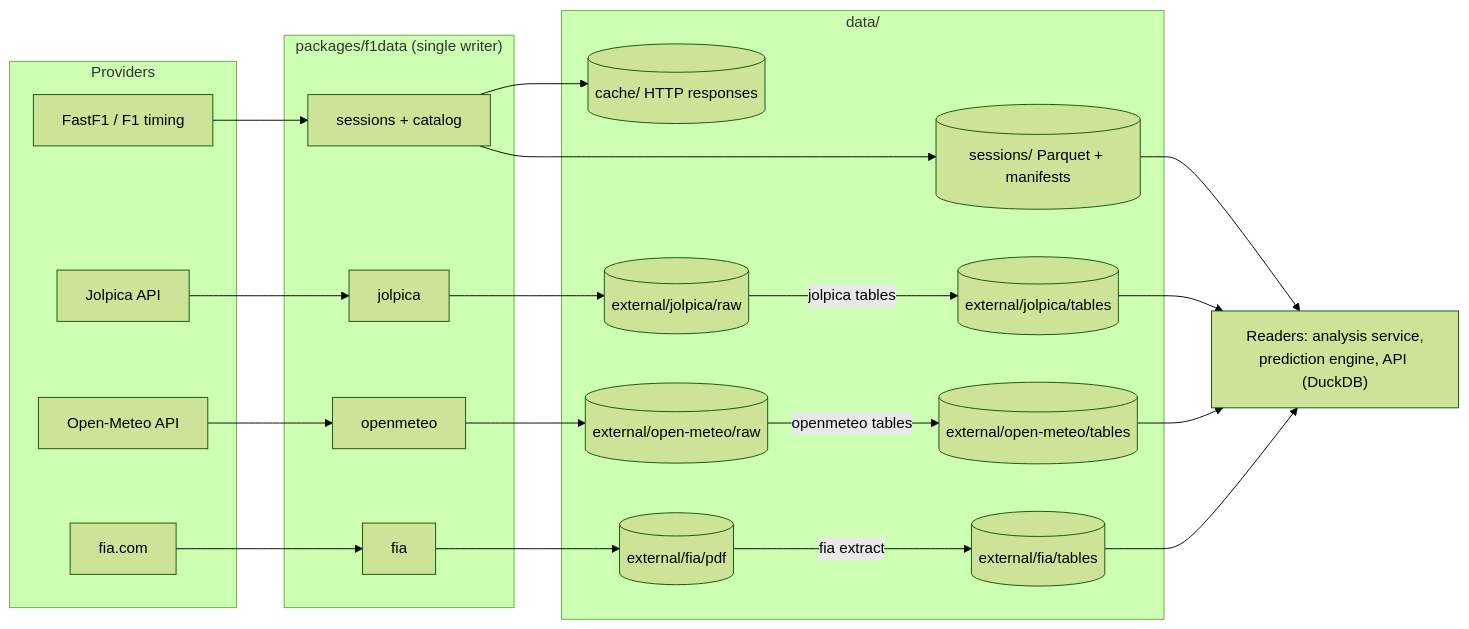
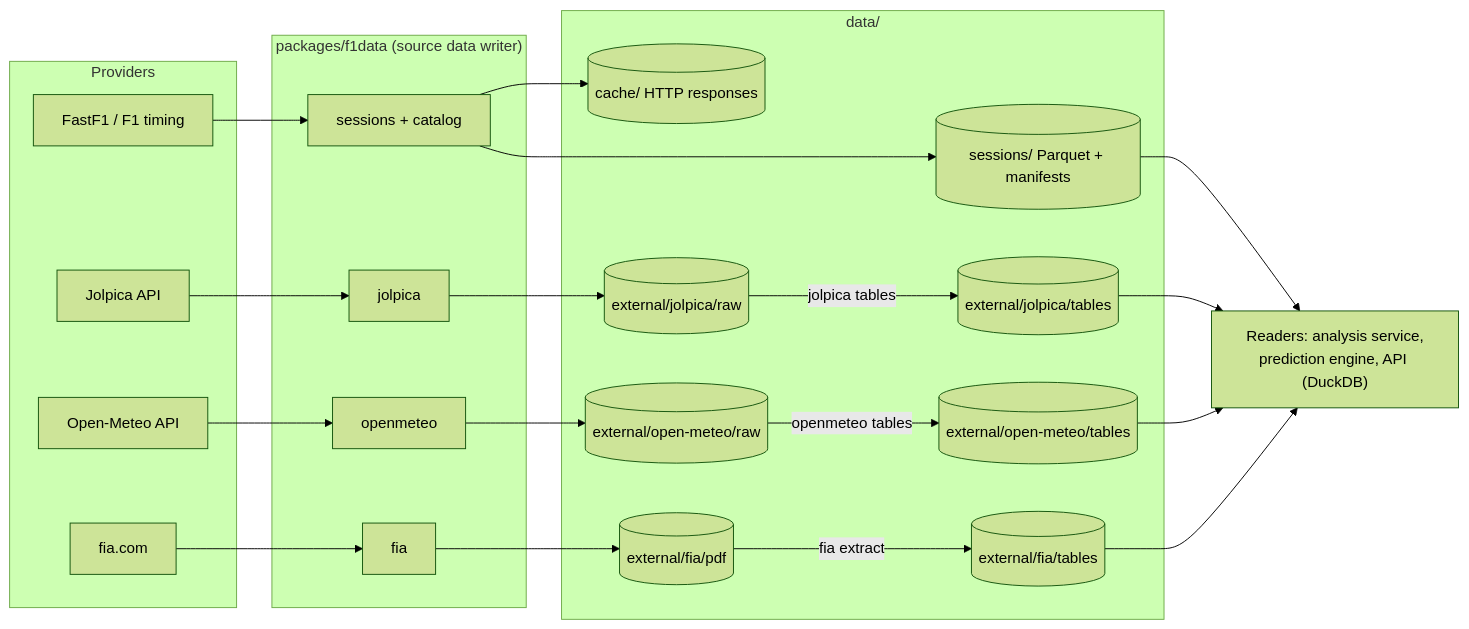
One commit to adityapandeydev/F1Stratagem changed the first of 4 diagrams in design/data-archive.md. Above: the diagram before and after it, drawn with Mermaid (forest theme). The commit also changed other lines of this file and 3 other files, not shown here.

````diff
--- a/design/data-archive.md
+++ b/design/data-archive.md
@@ -33,36 +34,36 @@
 ```mermaid
 flowchart LR
     subgraph providers["Providers"]
         ff1["FastF1 / F1 timing"]
         jol["Jolpica API"]
         om["Open-Meteo API"]
         fiaweb["fia.com"]
     end
 
-    subgraph writer["packages/f1data (single writer)"]
+    subgraph writer["packages/f1data (source data writer)"]
         sessions["sessions + catalog"]
         jolpica["jolpica"]
         openmeteo["openmeteo"]
         fia["fia"]
     end
 
     subgraph archive["data/"]
         cache[("cache/ HTTP responses")]
         sess[("sessions/ Parquet + manifests")]
         jraw[("external/jolpica/raw")]
         jtab[("external/jolpica/tables")]
         oraw[("external/open-meteo/raw")]
         otab[("external/open-meteo/tables")]
         pdf[("external/fia/pdf")]
         ftab[("external/fia/tables")]
     end
 
     readers["Readers: analysis service,<br/>prediction engine, API (DuckDB)"]
 
     ff1 --> sessions --> cache
     sessions --> sess
     jol --> jolpica --> jraw -->|"jolpica tables"| jtab
     om --> openmeteo --> oraw -->|"openmeteo tables"| otab
     fiaweb --> fia --> pdf -->|"fia extract"| ftab
     sess & jtab & otab & ftab --> readers
 ```
````
